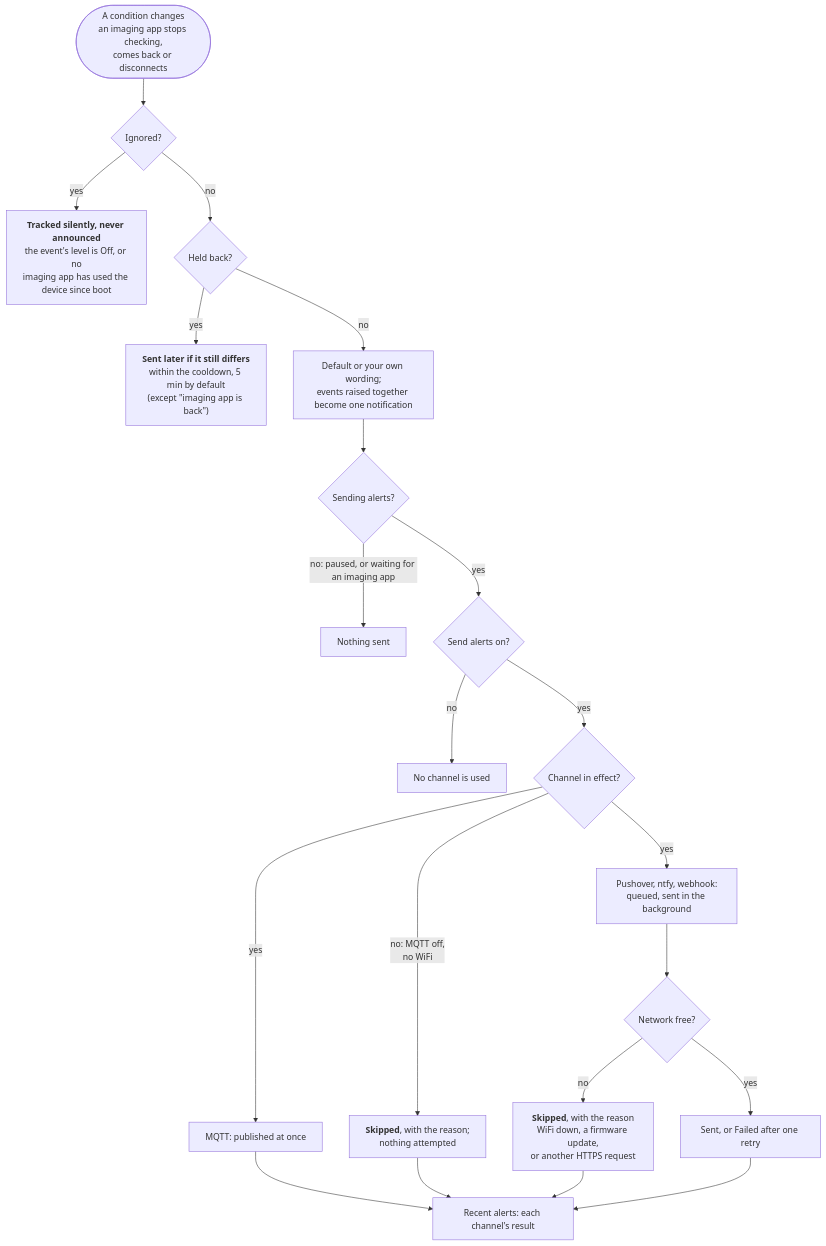
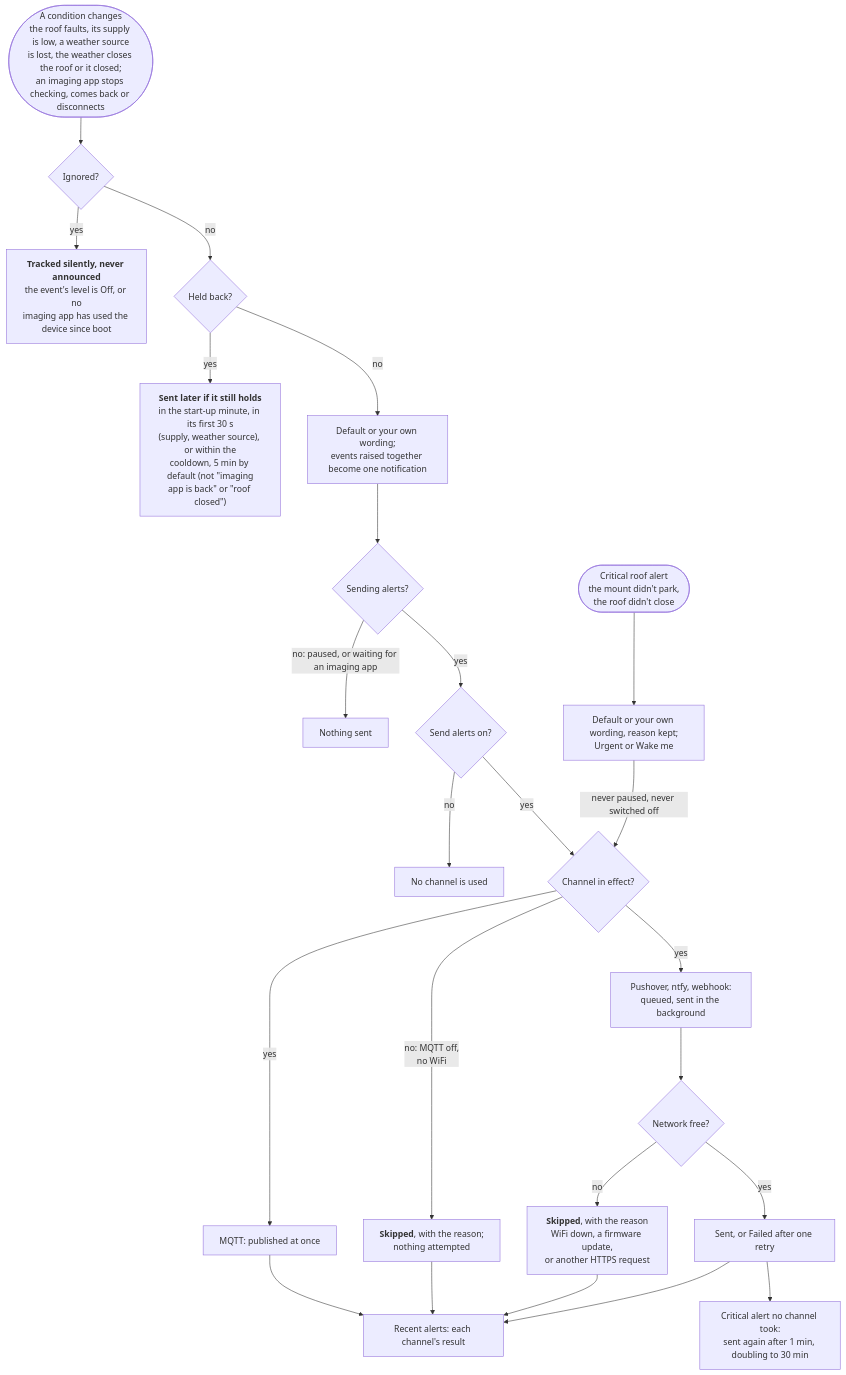
One commit to DeanJ87/RoofRoof changed the diagram in docs/user-guide/alerts.md. Above: the diagram before and after it, drawn with Mermaid. The commit also changed other lines of this file and 11 other files, not shown here.

Commit message:
007: docs - roof events in the alerts guide, close-on-unsafe, configuration, REST and settings dependencies; DIA-06 updated, DIA-01/11/15 re-confirmed; contract schemas and OpenAPI regenerated

````diff
--- a/docs/user-guide/alerts.md
+++ b/docs/user-guide/alerts.md
@@ -21,25 +24,28 @@
 ```mermaid
 flowchart TB
     accTitle: Why an alert does or doesn't arrive
-    accDescr: Each second the device compares the imaging-app state with what you were last told. A change can be tracked silently, held back for now, or dropped by its level; otherwise it is worded and, if alerts are on and not paused, sent to every enabled channel, with each channel's result recorded.
-    CHANGE(["A condition changes<br/>an imaging app stops checking,<br/>comes back or disconnects"]) --> SILENT{"Ignored?"}
+    accDescr: Each second the device compares the roof and the imaging app with what you were last told. A change can be tracked silently, held back for now, or dropped by its level; otherwise it is worded and, if alerts are on and not paused, sent to every enabled channel, with each channel's result recorded. A critical roof alert skips the pause and the master switch, and is sent again until a channel takes it.
+    CHANGE(["A condition changes<br/>the roof faults, its supply is low, a weather source<br/>is lost, the weather closes the roof or it closed;<br/>an imaging app stops checking, comes back or disconnects"]) --> SILENT{"Ignored?"}
     SILENT -->|yes| TRACKED["<b>Tracked silently, never announced</b><br/>the event's level is Off, or no<br/>imaging app has used the device since boot"]
     SILENT -->|no| HELD{"Held back?"}
-    HELD -->|yes| LATER["<b>Sent later if it still differs</b><br/>within the cooldown, 5 min by default<br/>(except &quot;imaging app is back&quot;)"]
+    HELD -->|yes| LATER["<b>Sent later if it still holds</b><br/>in the start-up minute, in its first 30 s<br/>(supply, weather source), or within the<br/>cooldown, 5 min by default (not &quot;imaging<br/>app is back&quot; or &quot;roof closed&quot;)"]
     HELD -->|no| WORDING["Default or your own wording;<br/>events raised together become one notification"]
     WORDING --> ON{"Sending alerts?"}
     ON -->|"no: paused, or waiting for an imaging app"| NOTHING["Nothing sent"]
     ON -->|yes| MASTER{"Send alerts on?"}
     MASTER -->|no| NOPUSH["No channel is used"]
     MASTER -->|yes| INEFFECT{"Channel in effect?"}
+    CRITICAL(["Critical roof alert<br/>the mount didn't park,<br/>the roof didn't close"]) --> CWORDING["Default or your own wording, reason kept;<br/>Urgent or Wake me"]
+    CWORDING -->|"never paused, never switched off"| INEFFECT
+    SENT --> AGAIN["Critical alert no channel took:<br/>sent again after 1 min, doubling to 30 min"]
     INEFFECT -->|"no: MQTT off,<br/>no WiFi"| INACTIVE["<b>Skipped</b>, with the reason;<br/>nothing attempted"]
     INEFFECT -->|yes| MQTT["MQTT: published at once"]
     INEFFECT -->|yes| HTTP["Pushover, ntfy, webhook:<br/>queued, sent in the background"]
     HTTP --> CANSEND{"Network free?"}
     CANSEND -->|no| SKIPPED["<b>Skipped</b>, with the reason<br/>WiFi down, a firmware update,<br/>or another HTTPS request"]
     CANSEND -->|yes| SENT["Sent, or Failed after one retry"]
     MQTT --> RECENT["Recent alerts: each channel's result"]
     INACTIVE --> RECENT
     SKIPPED --> RECENT
     SENT --> RECENT
 ```
````
